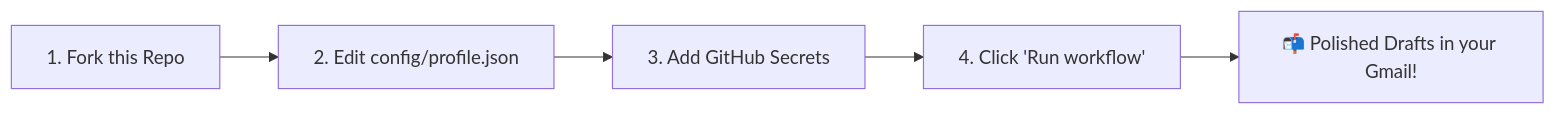
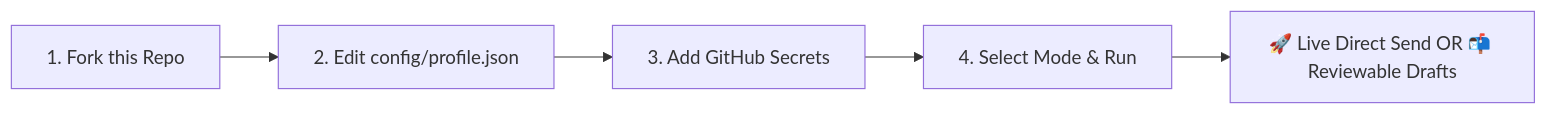
The first of 2 diagrams in README.md (abhishek09827/ihateapplying), drawn with Mermaid before and after one commit. The commit also changed other lines of this file and 2 other files, not shown here.

Commit message:
feat: advertise direct autonomous email sending via Gmail SMTP across README, workflow, and launch kit

````diff
--- a/README.md
+++ b/README.md
@@ -24,7 +25,7 @@
 ```mermaid
 flowchart LR
     A["1. Fork this Repo"] --> B["2. Edit config/profile.json"]
     B --> C["3. Add GitHub Secrets"]
-    C --> D["4. Click 'Run workflow'"]
-    D --> E["📬 Polished Drafts in your Gmail!"]
+    C --> D["4. Select Mode & Run"]
+    D --> E["🚀 Live Direct Send OR 📬 Reviewable Drafts"]
 ```
````
